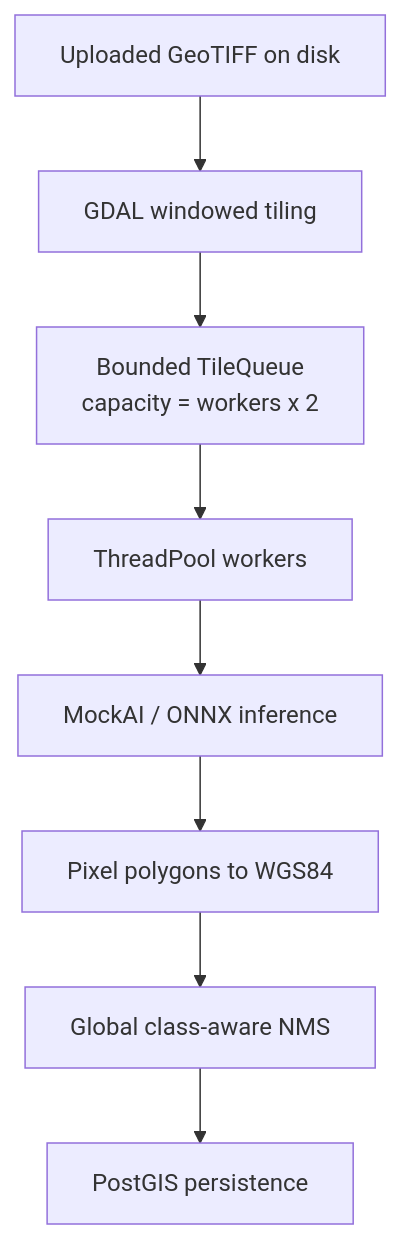
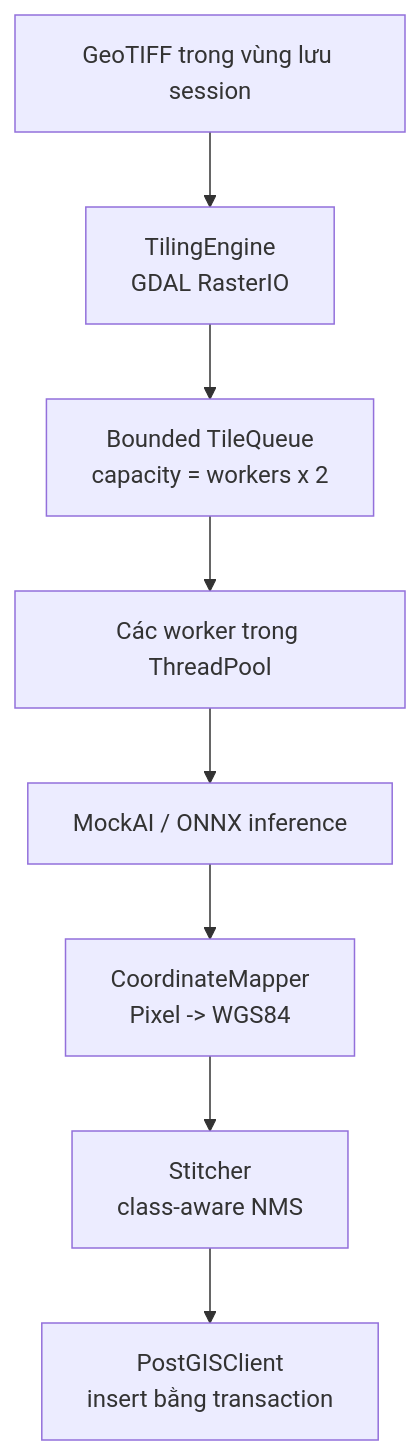
The second of 2 diagrams in README.md (Dinhthuy2k5/remote-sensing-pipeline), drawn with Mermaid before and after one commit. The commit also changed other lines of this file and 5 other files, not shown here.

````diff
--- a/README.md
+++ b/README.md
@@ -69,14 +66,14 @@
 ```mermaid
 flowchart TB
-    Upload["Uploaded GeoTIFF on disk"]
-    Tiler["GDAL windowed tiling"]
+    Upload["GeoTIFF trong vùng lưu session"]
+    Tiler["TilingEngine<br/>GDAL RasterIO"]
     Queue["Bounded TileQueue<br/>capacity = workers x 2"]
-    Workers["ThreadPool workers"]
+    Workers["Các worker trong ThreadPool"]
     Infer["MockAI / ONNX inference"]
-    Map["Pixel polygons to WGS84"]
-    NMS["Global class-aware NMS"]
-    Save["PostGIS persistence"]
+    Map["CoordinateMapper<br/>Pixel -> WGS84"]
+    NMS["Stitcher<br/>class-aware NMS"]
+    Save["PostGISClient<br/>insert bằng transaction"]
 
     Upload --> Tiler --> Queue --> Workers
     Workers --> Infer --> Map --> NMS --> Save
 ```
````
